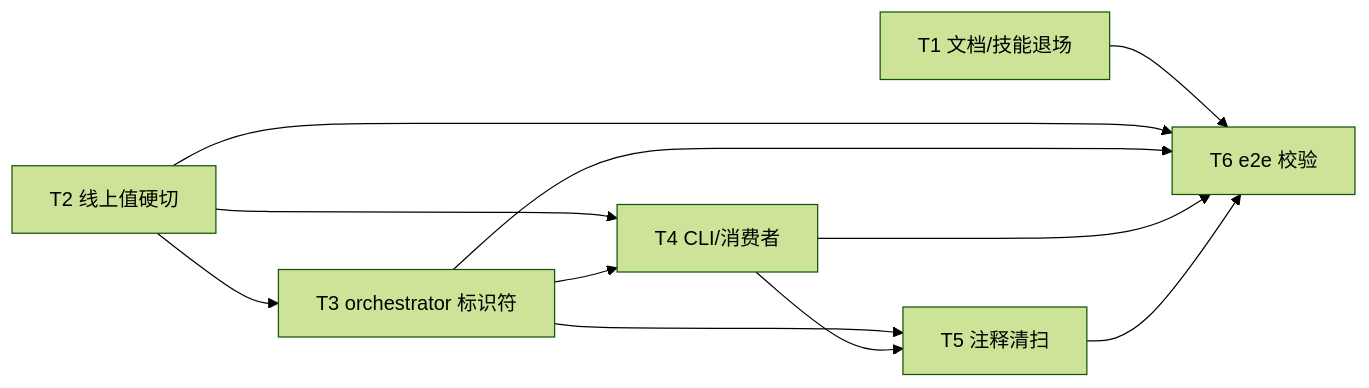
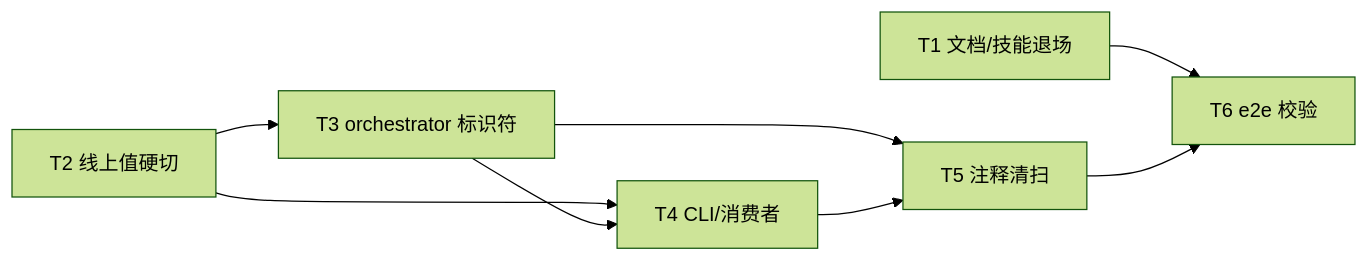
Before and after one commit to Curry09/OpenAgents: the diagram in docs/specs/0029-unify-rfc-to-spec-naming.md, drawn with Mermaid (forest theme). The commit also changed other lines of this file and 1 other file, not shown here.

````diff
--- a/docs/specs/0029-unify-rfc-to-spec-naming.md
+++ b/docs/specs/0029-unify-rfc-to-spec-naming.md
@@ -208,14 +209,11 @@
 ```mermaid
 graph LR
   T1[T1 文档/技能退场]
   T2[T2 线上值硬切] --> T3[T3 orchestrator 标识符]
   T2 --> T4[T4 CLI/消费者]
   T3 --> T4
   T3 --> T5[T5 注释清扫]
   T4 --> T5
   T1 --> T6[T6 e2e 校验]
-  T2 --> T6
-  T3 --> T6
-  T4 --> T6
   T5 --> T6
 ```
````
